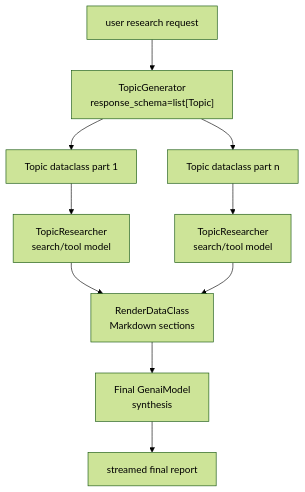
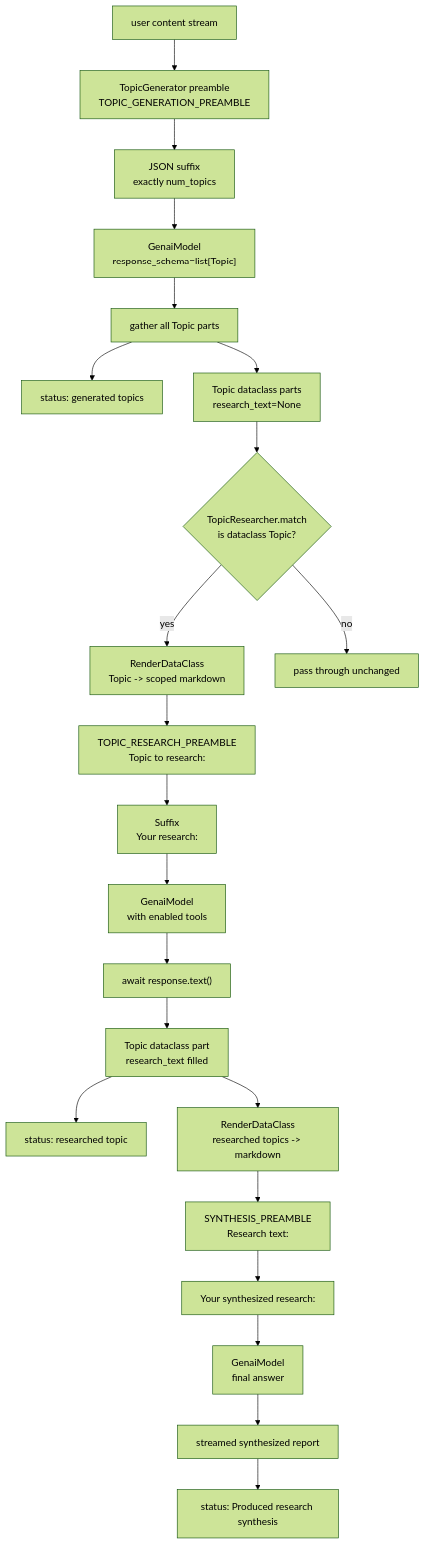
Before and after one commit to brasalabs6/genai-processors: the first of 3 diagrams in .llms/reference/examples/research.md, drawn with Mermaid (forest theme). The commit also changed other lines of this file and 1 other file, not shown here.

Commit message:
docs: deepen research agent reference

````diff
--- a/.llms/reference/examples/research.md
+++ b/.llms/reference/examples/research.md
@@ -51,12 +80,26 @@
 ```mermaid
 flowchart TD
-    Q["user research request"] --> TG["TopicGenerator\nresponse_schema=list[Topic]"]
-    TG --> T1["Topic dataclass part 1"]
-    TG --> Tn["Topic dataclass part n"]
-    T1 --> TR1["TopicResearcher\nsearch/tool model"]
-    Tn --> TRn["TopicResearcher\nsearch/tool model"]
-    TR1 --> MD["RenderDataClass\nMarkdown sections"]
-    TRn --> MD
-    MD --> Synth["Final GenaiModel\nsynthesis"]
-    Synth --> Out["streamed final report"]
+    U["user content stream"] --> TGPre["TopicGenerator preamble\nTOPIC_GENERATION_PREAMBLE"]
+    TGPre --> TGSuf["JSON suffix\nexactly num_topics"]
+    TGSuf --> TGModel["GenaiModel\nresponse_schema=list[Topic]"]
+    TGModel --> TGBuf["gather all Topic parts"]
+    TGBuf --> TGStatus["status: generated topics"]
+    TGBuf --> TParts["Topic dataclass parts\nresearch_text=None"]
+
+    TParts --> TRMatch{"TopicResearcher.match\nis dataclass Topic?"}
+    TRMatch -->|yes| VerbalizeIn["RenderDataClass\nTopic -> scoped markdown"]
+    TRMatch -->|no| Pass["pass through unchanged"]
+    VerbalizeIn --> TRPre["TOPIC_RESEARCH_PREAMBLE\nTopic to research:"]
+    TRPre --> TRSuf["Suffix\nYour research:"]
+    TRSuf --> TRModel["GenaiModel\nwith enabled tools"]
+    TRModel --> TRText["await response.text()"]
+    TRText --> Updated["Topic dataclass part\nresearch_text filled"]
+    Updated --> TRStatus["status: researched topic"]
+
+    Updated --> FinalVerbalizer["RenderDataClass\nresearched topics -> markdown"]
+    FinalVerbalizer --> SynthPre["SYNTHESIS_PREAMBLE\nResearch text:"]
+    SynthPre --> SynthSuf["Your synthesized research:"]
+    SynthSuf --> SynthModel["GenaiModel\nfinal answer"]
+    SynthModel --> Out["streamed synthesized report"]
+    Out --> Done["status: Produced research synthesis"]
 ```
````
